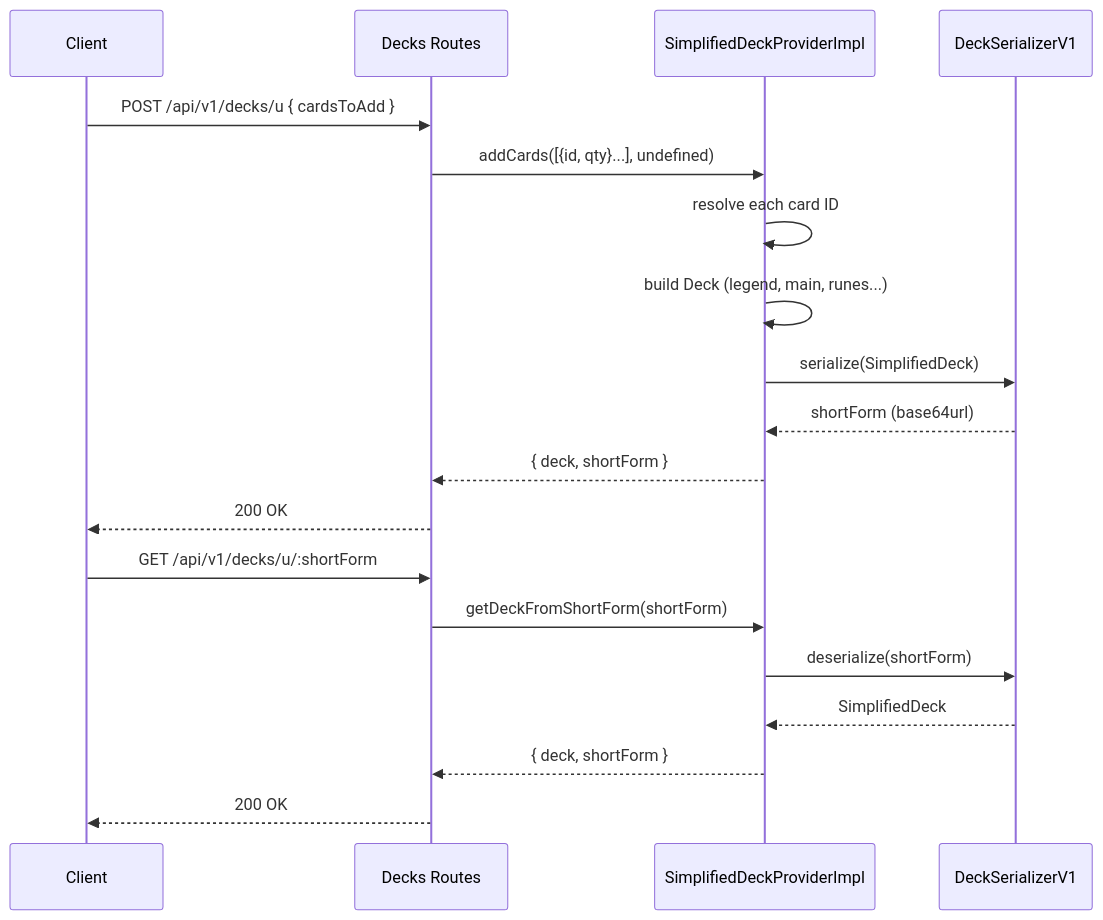
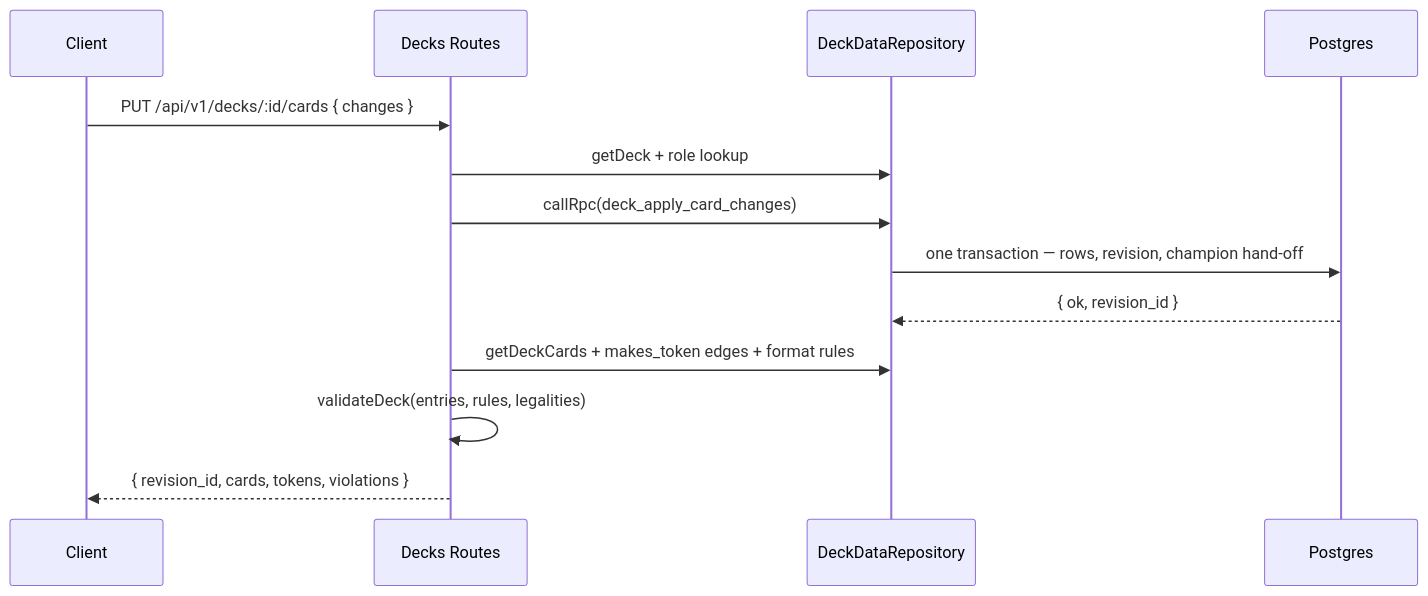
Before and after one commit to EggsLeggs/Riftseer: the diagram in packages/api/docs/decks.md, drawn with Mermaid. The commit also changed other lines of this file and 112 other files, not shown here.

First line of the commit message:
feat(decks)!: persisted account-owned decks, format rules engine and builder

````diff
--- a/packages/api/docs/decks.md
+++ b/packages/api/docs/decks.md
@@ -107,23 +163,16 @@
 ```mermaid
 sequenceDiagram
     participant Client
     participant API as Decks Routes
-    participant Provider as SimplifiedDeckProviderImpl
-    participant Serializer as DeckSerializerV1
+    participant Repo as DeckDataRepository
+    participant DB as Postgres
 
-    Client->>API: POST /api/v1/decks/u { cardsToAdd }
-    API->>Provider: addCards([{id, qty}...], undefined)
-    Provider->>Provider: resolve each card ID
-    Provider->>Provider: build Deck (legend, main, runes...)
-    Provider->>Serializer: serialize(SimplifiedDeck)
-    Serializer-->>Provider: shortForm (base64url)
-    Provider-->>API: { deck, shortForm }
-    API-->>Client: 200 OK
-
-    Client->>API: GET /api/v1/decks/u/:shortForm
-    API->>Provider: getDeckFromShortForm(shortForm)
-    Provider->>Serializer: deserialize(shortForm)
-    Serializer-->>Provider: SimplifiedDeck
-    Provider-->>API: { deck, shortForm }
-    API-->>Client: 200 OK
+    Client->>API: PUT /api/v1/decks/:id/cards { changes }
+    API->>Repo: getDeck + role lookup
+    API->>Repo: callRpc(deck_apply_card_changes)
+    Repo->>DB: one transaction — rows, revision, champion hand-off
+    DB-->>Repo: { ok, revision_id }
+    API->>Repo: getDeckCards + makes_token edges + format rules
+    API->>API: validateDeck(entries, rules, legalities)
+    API-->>Client: { revision_id, cards, tokens, violations }
 ```
````
